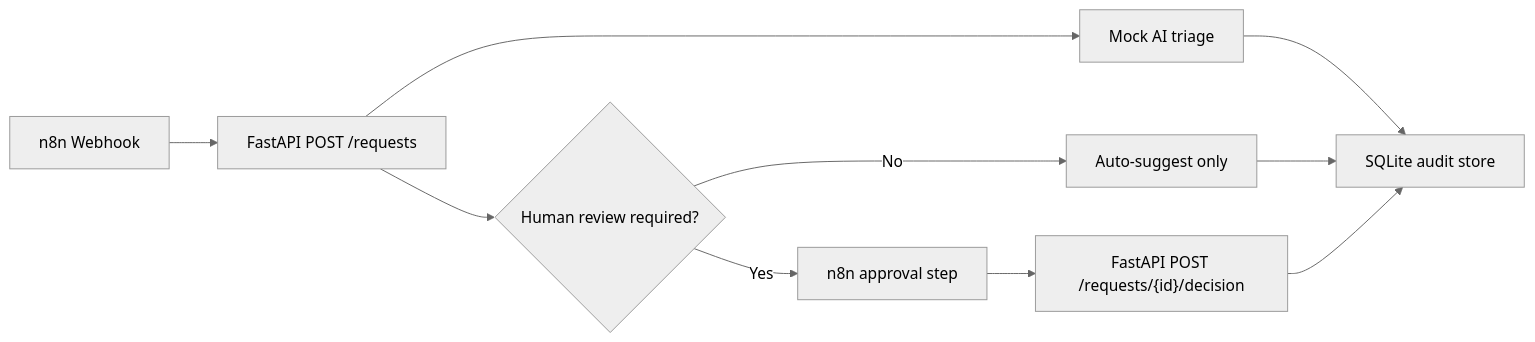
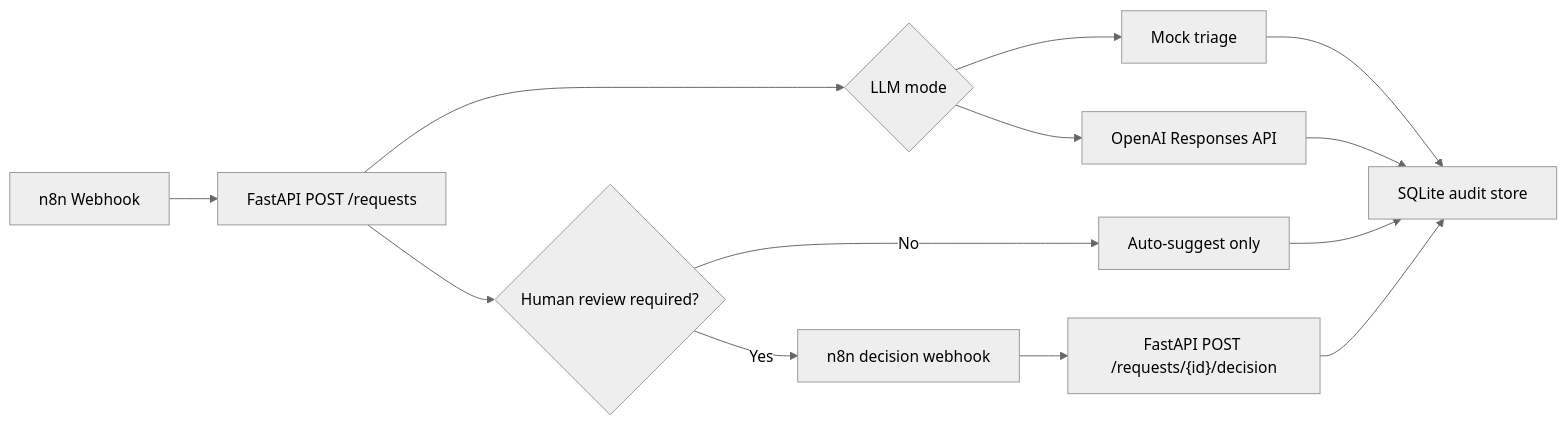
Before and after one commit to Umbura/ai-ops-approval-workflow: the diagram in docs/architecture.md, drawn with Mermaid (neutral theme). The commit also changed other lines of this file and 15 other files, not shown here.

Commit message:
Add OpenAI triage and n8n workflow

````diff
--- a/docs/architecture.md
+++ b/docs/architecture.md
@@ -5,12 +5,15 @@
 ```mermaid
 flowchart LR
     A["n8n Webhook"] --> B["FastAPI POST /requests"]
-    B --> C["Mock AI triage"]
-    C --> D["SQLite audit store"]
+    B --> C{"LLM mode"}
+    C --> C1["Mock triage"]
+    C --> C2["OpenAI Responses API"]
+    C1 --> D["SQLite audit store"]
+    C2 --> D
     B --> E{"Human review required?"}
-    E -->|Yes| F["n8n approval step"]
+    E -->|Yes| F["n8n decision webhook"]
     E -->|No| G["Auto-suggest only"]
     F --> H["FastAPI POST /requests/{id}/decision"]
     G --> D
     H --> D
 ```
````
